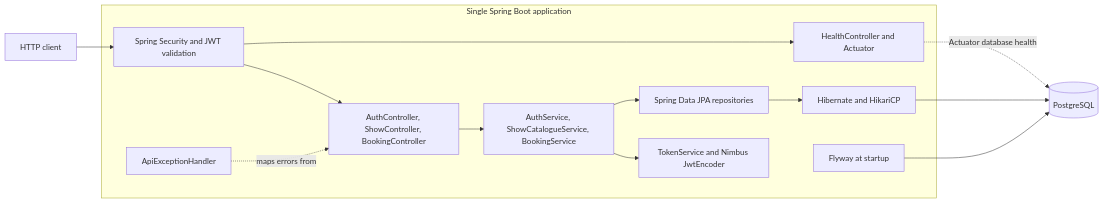
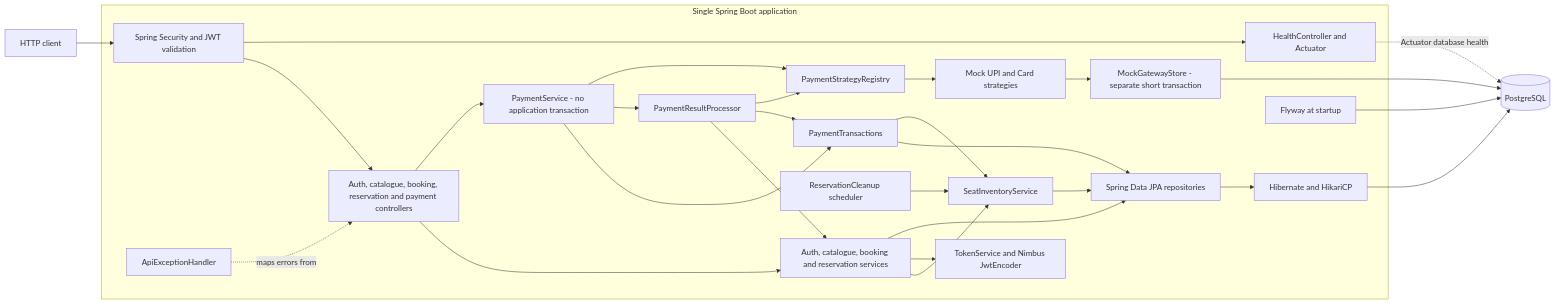
Before and after one commit to Avnish666/Tbooker: the first of 4 diagrams in docs/HLD.md, drawn with Mermaid. The commit also changed other lines of this file and 62 other files, not shown here.

Commit message:
Add seat reservations and verified mock payment bookings

````diff
--- a/docs/HLD.md
+++ b/docs/HLD.md
@@ -36,18 +37,33 @@
 ```mermaid
 flowchart LR
     Client[HTTP client] --> Security[Spring Security and JWT validation]
     subgraph App[Single Spring Boot application]
-        Security --> Controllers[AuthController, ShowController, BookingController]
-        Controllers --> Services[AuthService, ShowCatalogueService, BookingService]
+        Security --> Controllers[Auth, catalogue, booking, reservation and payment controllers]
+        Controllers --> Services[Auth, catalogue, booking and reservation services]
+        Controllers --> Payments[PaymentService - no application transaction]
+        Payments --> Tx[PaymentTransactions]
+        Payments --> Processor[PaymentResultProcessor]
+        Processor --> Services
+        Processor --> Tx
+        Payments --> Registry[PaymentStrategyRegistry]
+        Processor --> Registry
+        Registry --> Strategies[Mock UPI and Card strategies]
+        Strategies --> Mock[MockGatewayStore - separate short transaction]
+        Tx --> Repositories
+        Tx --> Inventory
+        Services --> Inventory[SeatInventoryService]
+        Cleanup[ReservationCleanup scheduler] --> Inventory
+        Inventory --> Repositories
         Services --> Tokens[TokenService and Nimbus JwtEncoder]
         Services --> Repositories[Spring Data JPA repositories]
         Repositories --> Persistence[Hibernate and HikariCP]
         Advice[ApiExceptionHandler] -. maps errors from .-> Controllers
         Health[HealthController and Actuator]
         Flyway[Flyway at startup]
     end
     Security --> Health
     Persistence --> DB[(PostgreSQL)]
+    Mock --> DB
     Flyway --> DB
     Health -. Actuator database health .-> DB
 ```
````
